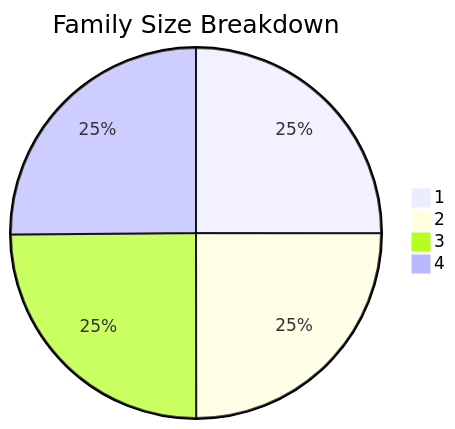
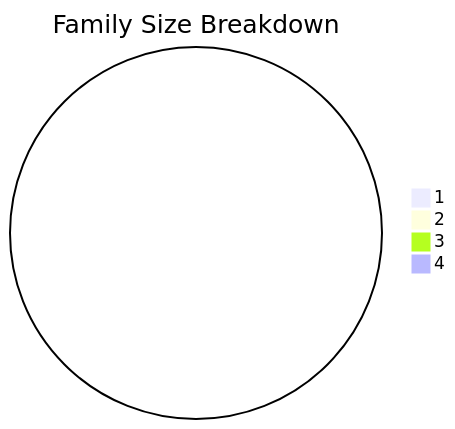
Before and after one commit to dhagan-va/intern-2025: the sixth of 10 diagrams in test-tools/DataGen/src/Statistics_Visualizer.md, drawn with Mermaid. The commit also changed other lines of this file and 8 other files, not shown here.

````diff
--- a/test-tools/DataGen/src/Statistics_Visualizer.md
+++ b/test-tools/DataGen/src/Statistics_Visualizer.md
@@ -69,7 +69,7 @@
 ```mermaid
 pie title Family Size Breakdown
-    "1" : 10006
-    "2" : 9979
-    "3" : 9952
-    "4" : 10045
+    "1" : 0
+    "2" : 0
+    "3" : 0
+    "4" : 0
 ```
````
